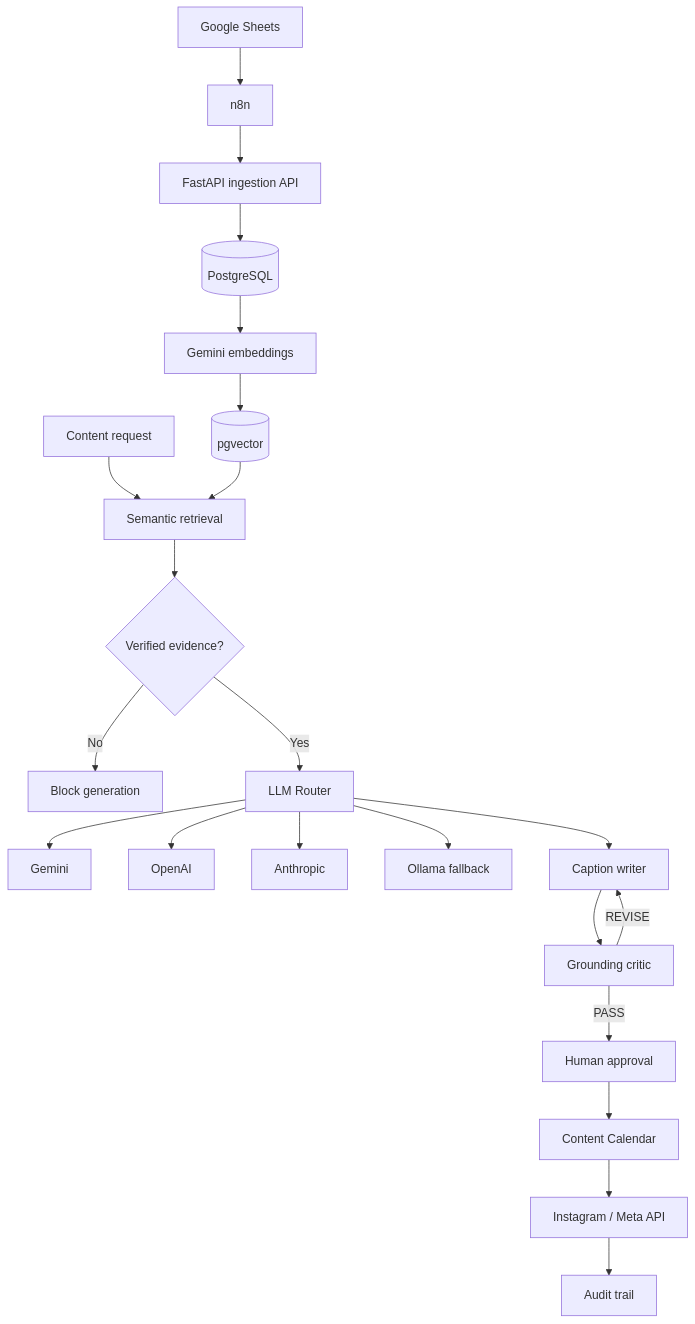
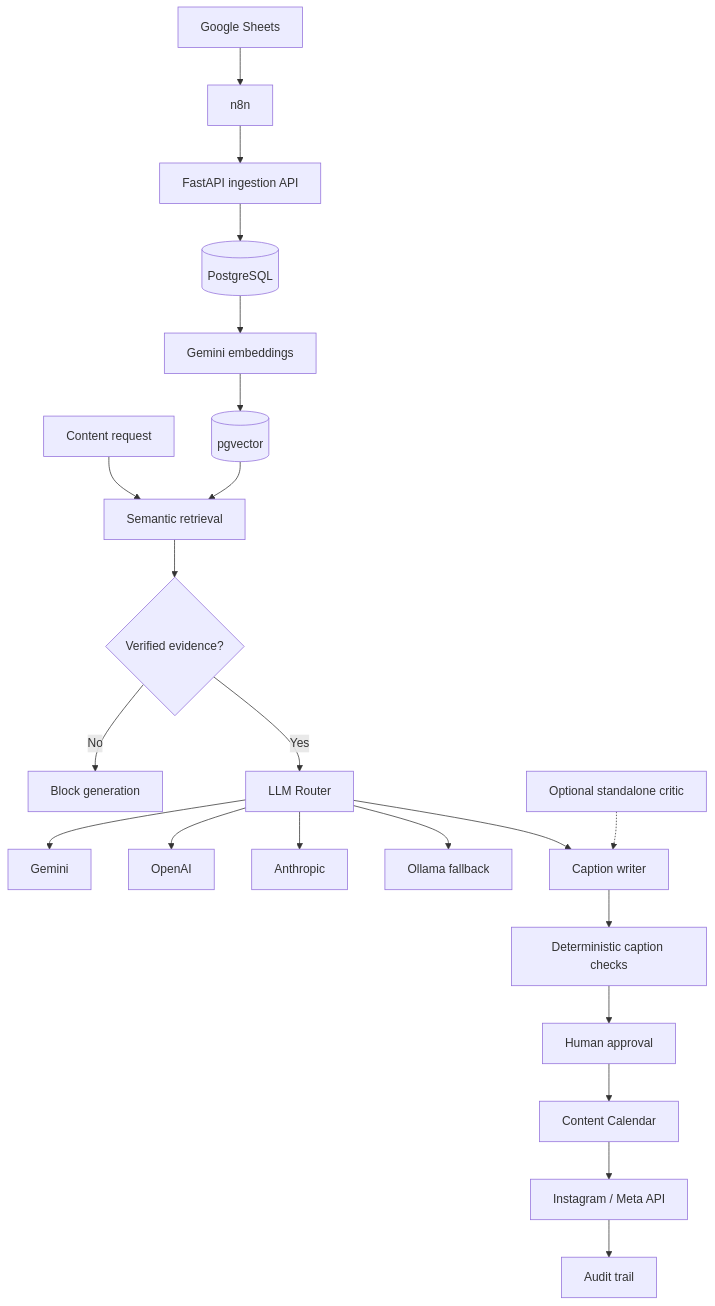
One commit to pavannandivada/dhoni-instagram-agent changed the diagram in README.md. Above: the diagram before and after it, drawn with Mermaid. The commit also changed other lines of this file, not shown here.

Commit message:
docs: document human review generation flow

````diff
--- a/README.md
+++ b/README.md
@@ -39,32 +41,31 @@
 ```mermaid
 flowchart TD
     Sheets[Google Sheets] --> N8N[n8n]
     N8N --> API[FastAPI ingestion API]
 
     API --> PG[(PostgreSQL)]
     PG --> Embeddings[Gemini embeddings]
     Embeddings --> Vector[(pgvector)]
 
     Request[Content request] --> Retrieve[Semantic retrieval]
     Vector --> Retrieve
 
     Retrieve --> Verify{Verified evidence?}
 
     Verify -->|No| Block[Block generation]
     Verify -->|Yes| Router[LLM Router]
 
     Router --> Gemini[Gemini]
     Router --> OpenAI[OpenAI]
     Router --> Claude[Anthropic]
     Router --> Ollama[Ollama fallback]
 
     Router --> Writer[Caption writer]
-    Writer --> Critic[Grounding critic]
-
-    Critic -->|REVISE| Writer
-    Critic -->|PASS| HITL[Human approval]
-
+    Writer --> Sanity[Deterministic caption checks]
+    Sanity --> HITL[Human approval]
     HITL --> Calendar[Content Calendar]
     Calendar --> Meta[Instagram / Meta API]
     Meta --> Audit[Audit trail]
+
+    OptionalCritic[Optional standalone critic] -.-> Writer
 ```
````
